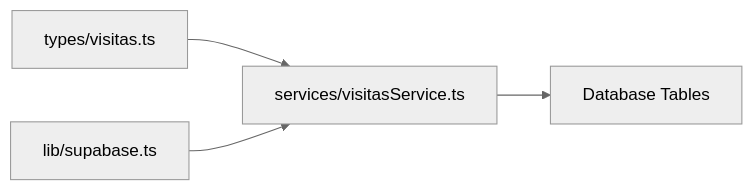
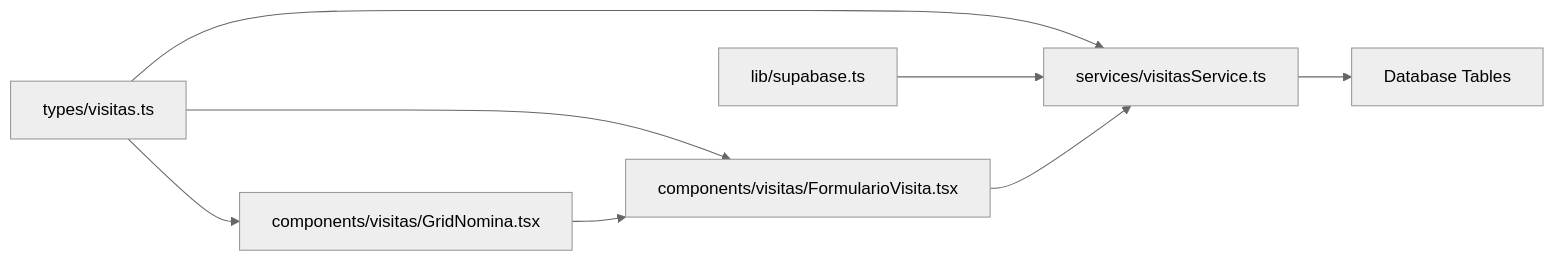
One commit to AgusCatra/simu-twin-web changed the fourth of 4 diagrams in .qoder/repowiki/en/content/Data Models & Type System.md. Above: the diagram before and after it, drawn with Mermaid (neutral theme). The commit also changed other lines of this file and 4 other files, not shown here.

````diff
--- a/.qoder/repowiki/en/content/Data Models & Type System.md
+++ b/.qoder/repowiki/en/content/Data Models & Type System.md
@@ -220,6 +376,10 @@
 ```mermaid
 graph LR
 Types["types/visitas.ts"] --> Service["services/visitasService.ts"]
+Types --> UI["components/visitas/FormularioVisita.tsx"]
+Types --> Grid["components/visitas/GridNomina.tsx"]
 Supabase["lib/supabase.ts"] --> Service
 Service --> DB["Database Tables"]
+UI --> Service
+Grid --> UI
 ```
````
